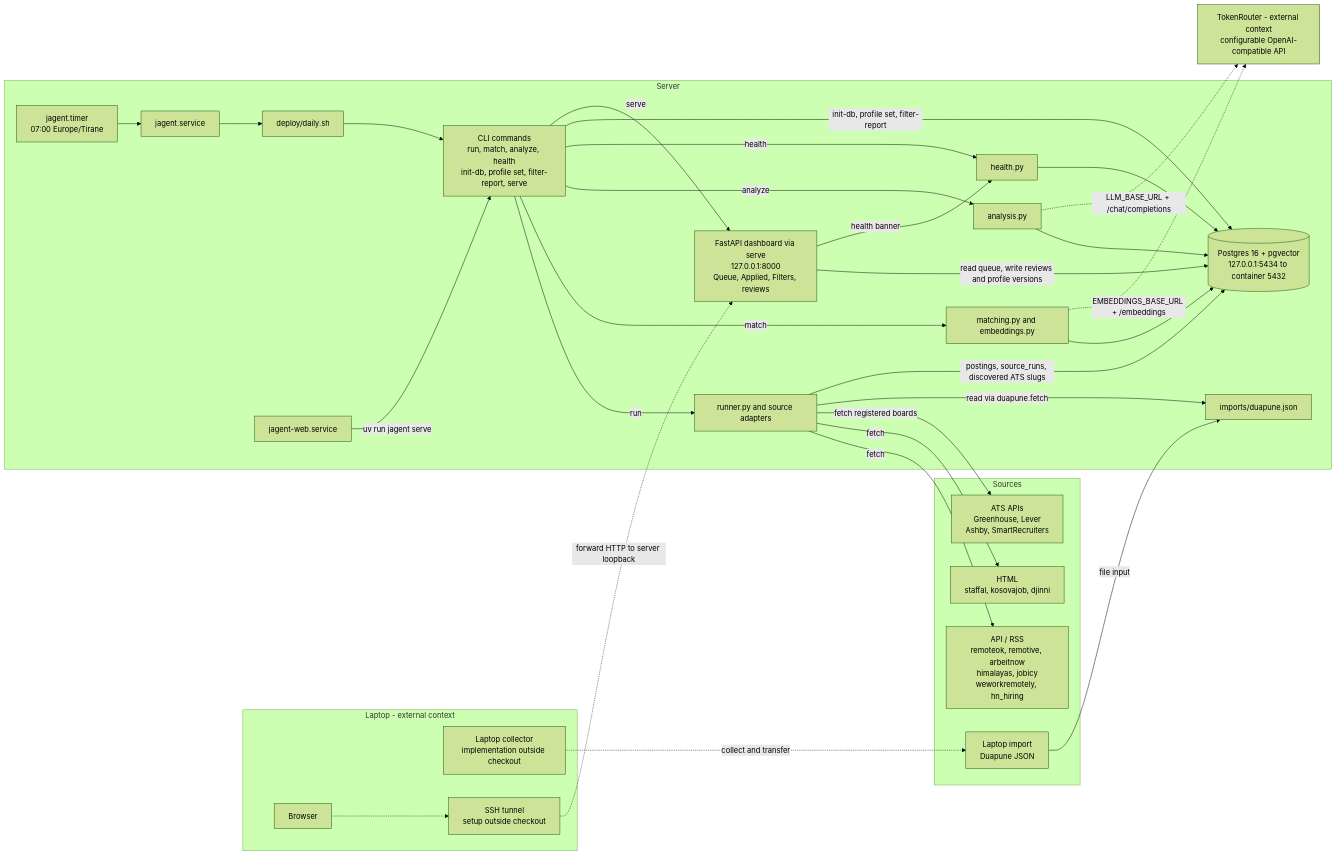
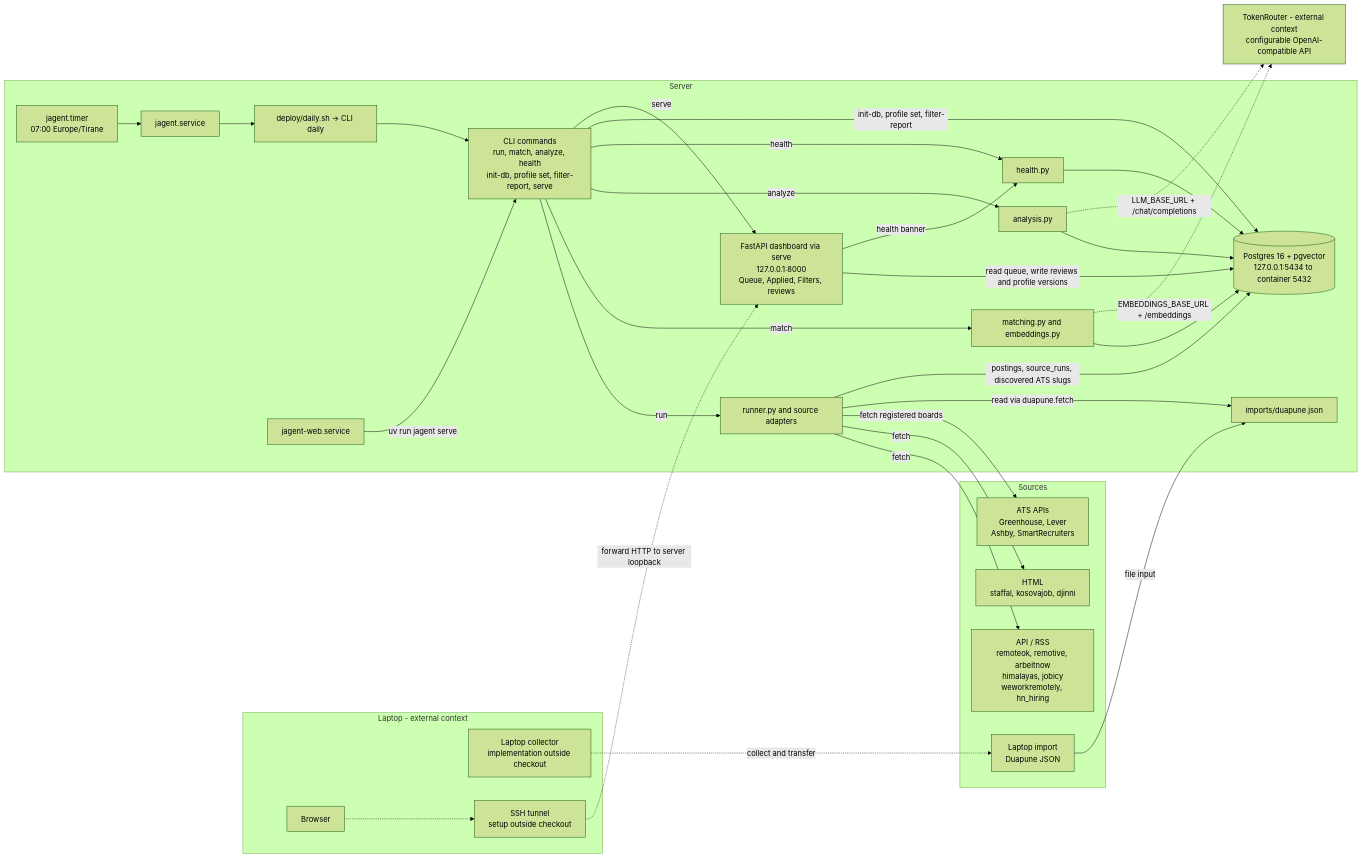
The first of 4 diagrams in docs/architecture.md (egigj-dev/jagent), drawn with Mermaid (forest theme) before and after one commit. The commit also changed other lines of this file and 19 other files, not shown here.

````diff
--- a/docs/architecture.md
+++ b/docs/architecture.md
@@ -18,52 +18,52 @@
 ```mermaid
 flowchart LR
     subgraph feeds[Sources]
         api["API / RSS<br/>remoteok, remotive, arbeitnow<br/>himalayas, jobicy<br/>weworkremotely, hn_hiring"]
         html["HTML<br/>staffal, kosovajob, djinni"]
         ats["ATS APIs<br/>Greenhouse, Lever<br/>Ashby, SmartRecruiters"]
         laptopImport["Laptop import<br/>Duapune JSON"]
     end
     subgraph laptop[Laptop - external context]
         collector["Laptop collector<br/>implementation outside checkout"]
         browser[Browser]
         tunnel["SSH tunnel<br/>setup outside checkout"]
     end
     subgraph server[Server]
         timer["jagent.timer<br/>07:00 Europe/Tirane"]
         dailyService[jagent.service]
-        daily[deploy/daily.sh]
+        daily["deploy/daily.sh → CLI daily"]
         cli["CLI commands<br/>run, match, analyze, health<br/>init-db, profile set, filter-report, serve"]
         runner[runner.py and source adapters]
         matching[matching.py and embeddings.py]
         analysis[analysis.py]
         health[health.py]
         db[("Postgres 16 + pgvector<br/>127.0.0.1:5434 to container 5432")]
         webService[jagent-web.service]
         dashboard["FastAPI dashboard via serve<br/>127.0.0.1:8000<br/>Queue, Applied, Filters, reviews"]
         imported[imports/duapune.json]
     end
     router["TokenRouter - external context<br/>configurable OpenAI-compatible API"]
     collector -.->|collect and transfer| laptopImport
     laptopImport -->|file input| imported
     timer --> dailyService --> daily --> cli
     cli -->|run| runner
     runner -->|fetch| api
     runner -->|fetch| html
     runner -->|fetch registered boards| ats
     runner -->|read via duapune.fetch| imported
     runner -->|postings, source_runs, discovered ATS slugs| db
     cli -->|match| matching
     cli -->|analyze| analysis
     cli -->|health| health
     cli -->|init-db, profile set, filter-report| db
     matching --> db
     analysis --> db
     health --> db
     matching -.->|EMBEDDINGS_BASE_URL + /embeddings| router
     analysis -.->|LLM_BASE_URL + /chat/completions| router
     webService -->|uv run jagent serve| cli
     cli -->|serve| dashboard
     dashboard -->|read queue, write reviews and profile versions| db
     dashboard -->|health banner| health
     browser -.-> tunnel -.->|forward HTTP to server loopback| dashboard
 ```
````
